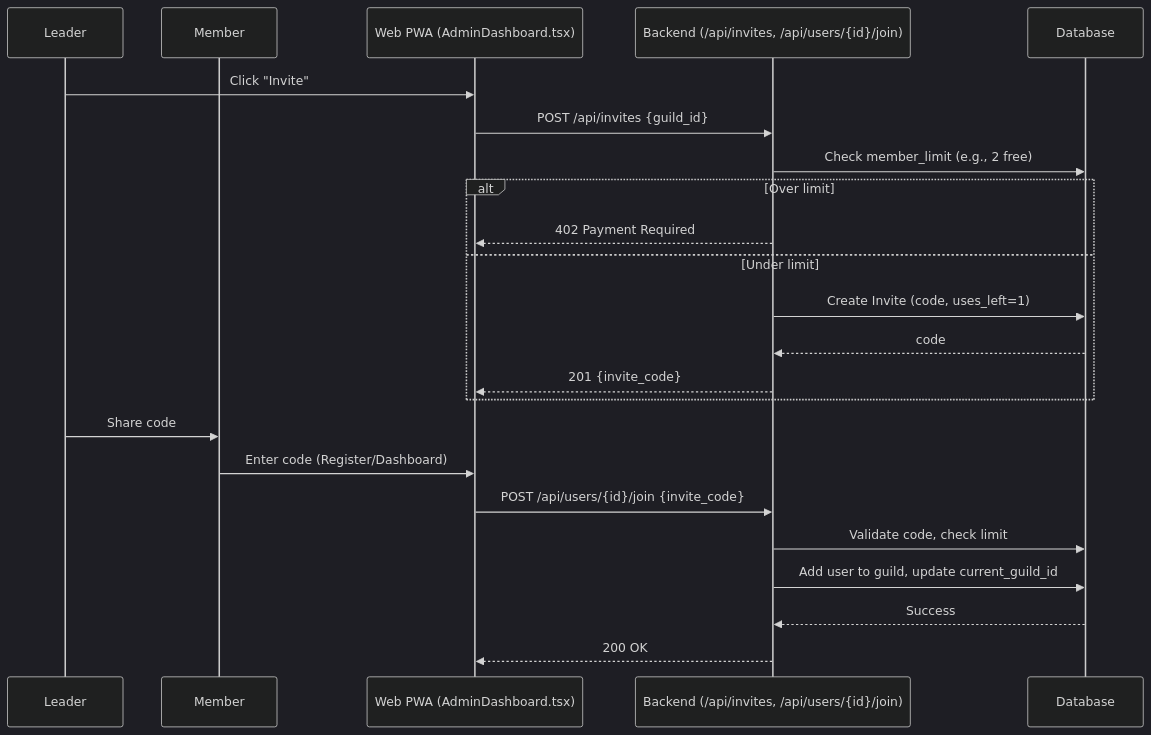
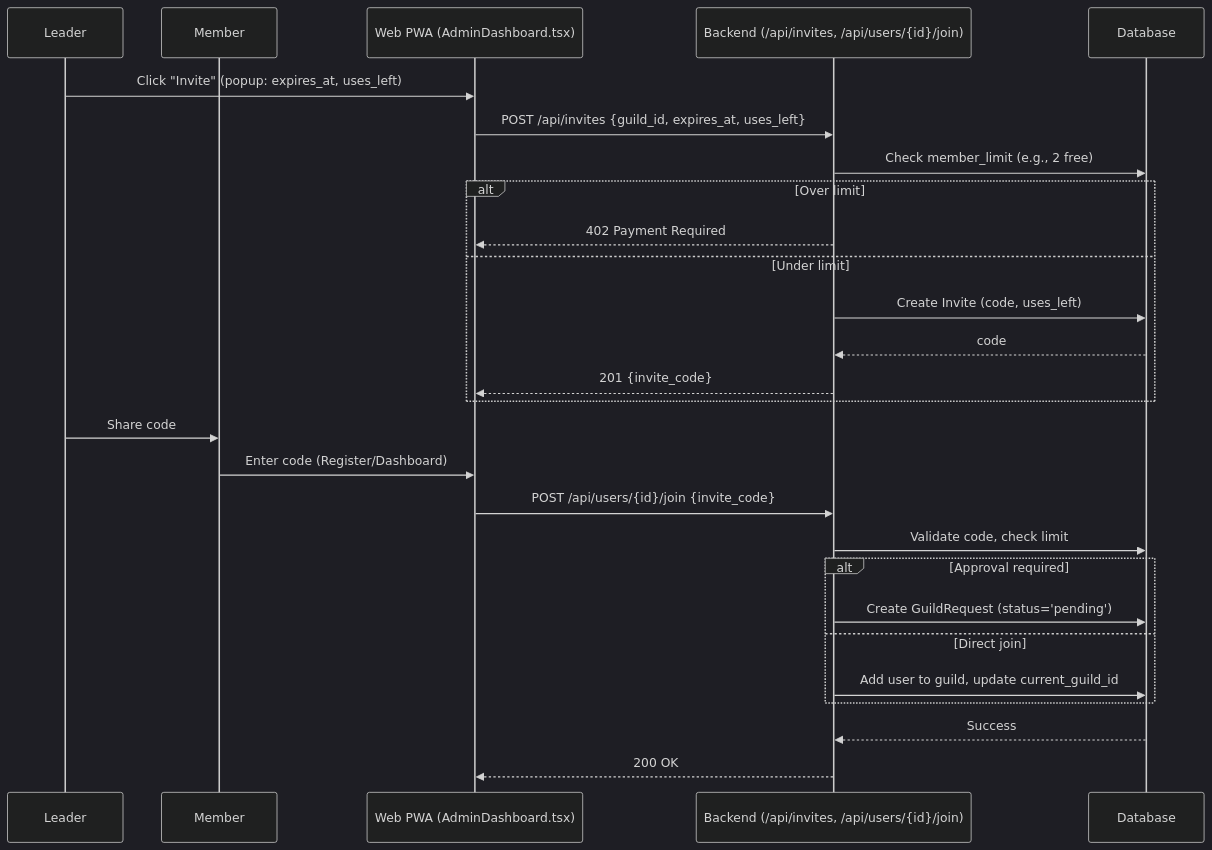
The fourth of 9 diagrams in docs/project/use_cases.markdown (hamlet2k/SphereConnect), drawn with Mermaid (dark theme) before and after one commit. The commit also changed other lines of this file and 16 other files, not shown here.

````diff
--- a/docs/project/use_cases.markdown
+++ b/docs/project/use_cases.markdown
@@ -102,25 +102,29 @@
 ```mermaid
 sequenceDiagram
     participant L as Leader
     participant M as Member
     participant W as Web PWA (AdminDashboard.tsx)
     participant B as Backend (/api/invites, /api/users/{id}/join)
     participant D as Database
-    L->>W: Click "Invite"
-    W->>B: POST /api/invites {guild_id}
+    L->>W: Click "Invite" (popup: expires_at, uses_left)
+    W->>B: POST /api/invites {guild_id, expires_at, uses_left}
     B->>D: Check member_limit (e.g., 2 free)
     alt Over limit
         B-->>W: 402 Payment Required
     else Under limit
-        B->>D: Create Invite (code, uses_left=1)
+        B->>D: Create Invite (code, uses_left)
         D-->>B: code
         B-->>W: 201 {invite_code}
     end
     L->>M: Share code
     M->>W: Enter code (Register/Dashboard)
     W->>B: POST /api/users/{id}/join {invite_code}
     B->>D: Validate code, check limit
-    B->>D: Add user to guild, update current_guild_id
+    alt Approval required
+        B->>D: Create GuildRequest (status='pending')
+    else Direct join
+        B->>D: Add user to guild, update current_guild_id
+    end
     D-->>B: Success
     B-->>W: 200 OK
 ```
````
